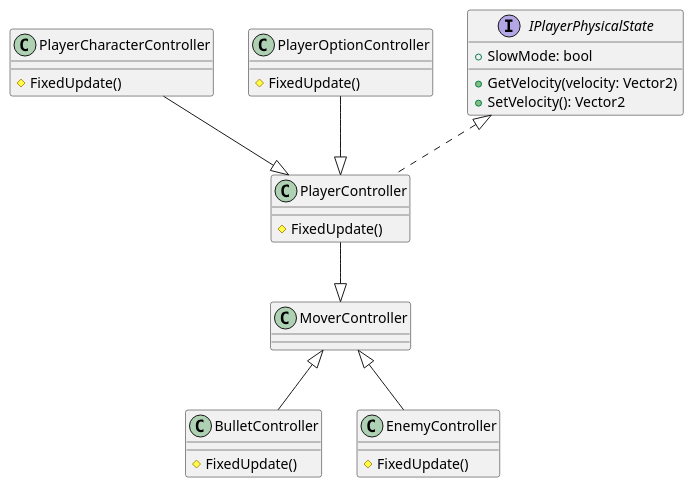
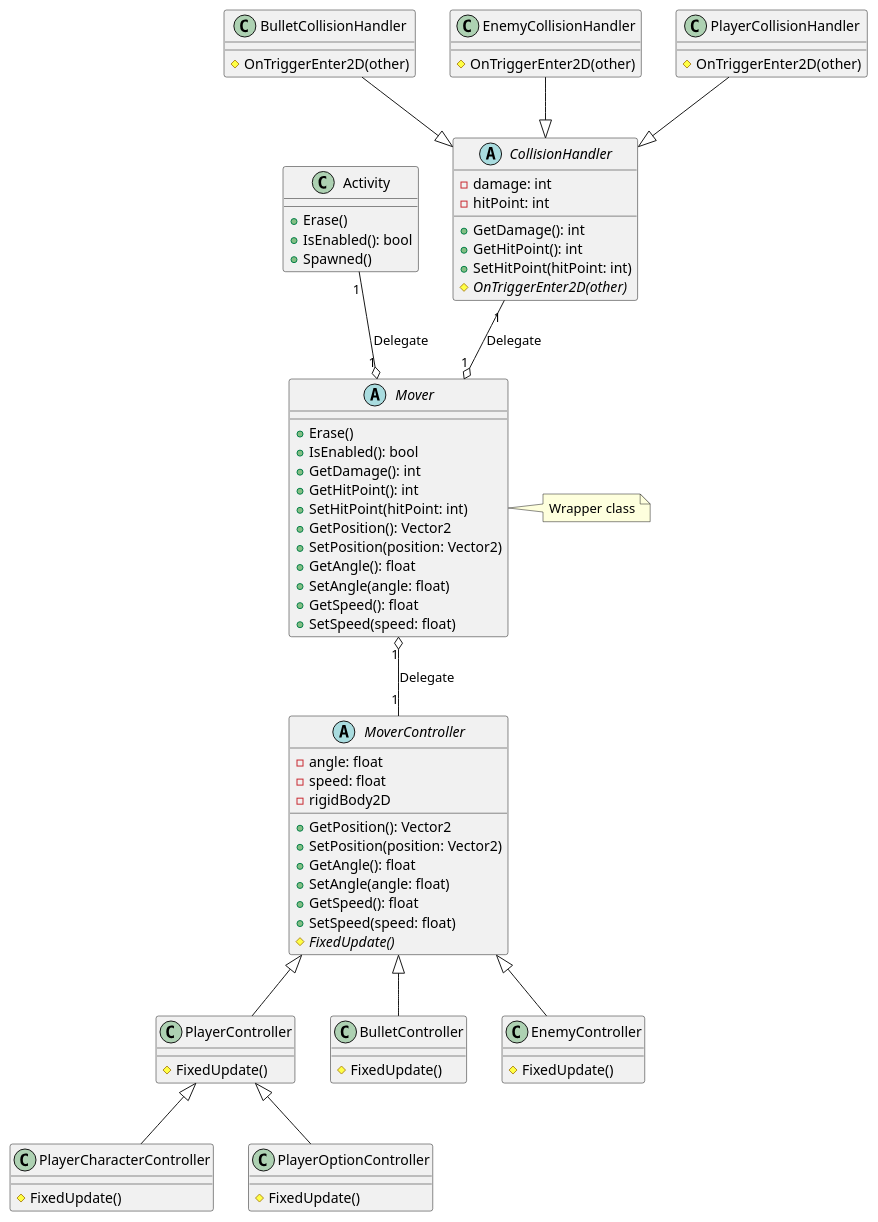
The second of 2 diagrams in docs/inherited_classes.pu (Wandao123/shmup_like_touhou), drawn with PlantUML before and after one commit. The commit also changed 4 other files, not shown here.

```diff
--- a/docs/inherited_classes.pu
+++ b/docs/inherited_classes.pu
@@ -62,36 +40,93 @@
-@startuml Controller
+@startuml WrapperClass
+class Activity {
+    +Erase()
+    +IsEnabled(): bool
+    +Spawned()
+}
+
+abstract CollisionHandler {
+    -damage: int
+    -hitPoint: int
+    +GetDamage(): int
+    +GetHitPoint(): int
+    +SetHitPoint(hitPoint: int)
+    #{abstract} OnTriggerEnter2D(other)
+}
+
+class BulletCollisionHandler {
+    #OnTriggerEnter2D(other)
+}
+
+class EnemyCollisionHandler {
+    #OnTriggerEnter2D(other)
+}
+
+class PlayerCollisionHandler {
+    #OnTriggerEnter2D(other)
+}
+
+BulletCollisionHandler --|> CollisionHandler
+EnemyCollisionHandler --|> CollisionHandler
+PlayerCollisionHandler --|> CollisionHandler
+
+abstract MoverController {
+    -angle: float
+    -speed: float
+    -rigidBody2D
+    +GetPosition(): Vector2
+    +SetPosition(position: Vector2)
+    +GetAngle(): float
+    +SetAngle(angle: float)
+    +GetSpeed(): float
+    +SetSpeed(speed: float)
+    #{abstract} FixedUpdate()
+}
+
 class PlayerCharacterController {
     #FixedUpdate()
 }
 
 class PlayerOptionController {
     #FixedUpdate()
 }
 
-PlayerOptionController --|> PlayerController
-PlayerCharacterController --|> PlayerController
+PlayerController <|-- PlayerOptionController
+PlayerController <|-- PlayerCharacterController
 
 class BulletController {
     #FixedUpdate()
 }
 
 class EnemyController {
     #FixedUpdate()
 }
 
 class PlayerController {
     #FixedUpdate()
 }
 
 MoverController <|-- BulletController
 MoverController <|-- EnemyController
-PlayerController --|> MoverController
+MoverController <|-- PlayerController
 
-interface IPlayerPhysicalState {
-    +SlowMode: bool
-    +GetVelocity(velocity: Vector2)
-    +SetVelocity(): Vector2
+abstract Mover {
+    +Erase()
+    +IsEnabled(): bool
+    +GetDamage(): int
+    +GetHitPoint(): int
+    +SetHitPoint(hitPoint: int)
+    +GetPosition(): Vector2
+    +SetPosition(position: Vector2)
+    +GetAngle(): float
+    +SetAngle(angle: float)
+    +GetSpeed(): float
+    +SetSpeed(speed: float)
 }
+note right of Mover
+    Wrapper class
+end note
 
-IPlayerPhysicalState <|.. PlayerController
+Mover "1" o-- "1" MoverController : Delegate
+Activity "1" --o "1" Mover : Delegate
+CollisionHandler "1" --o "1" Mover : Delegate
 @enduml
```
